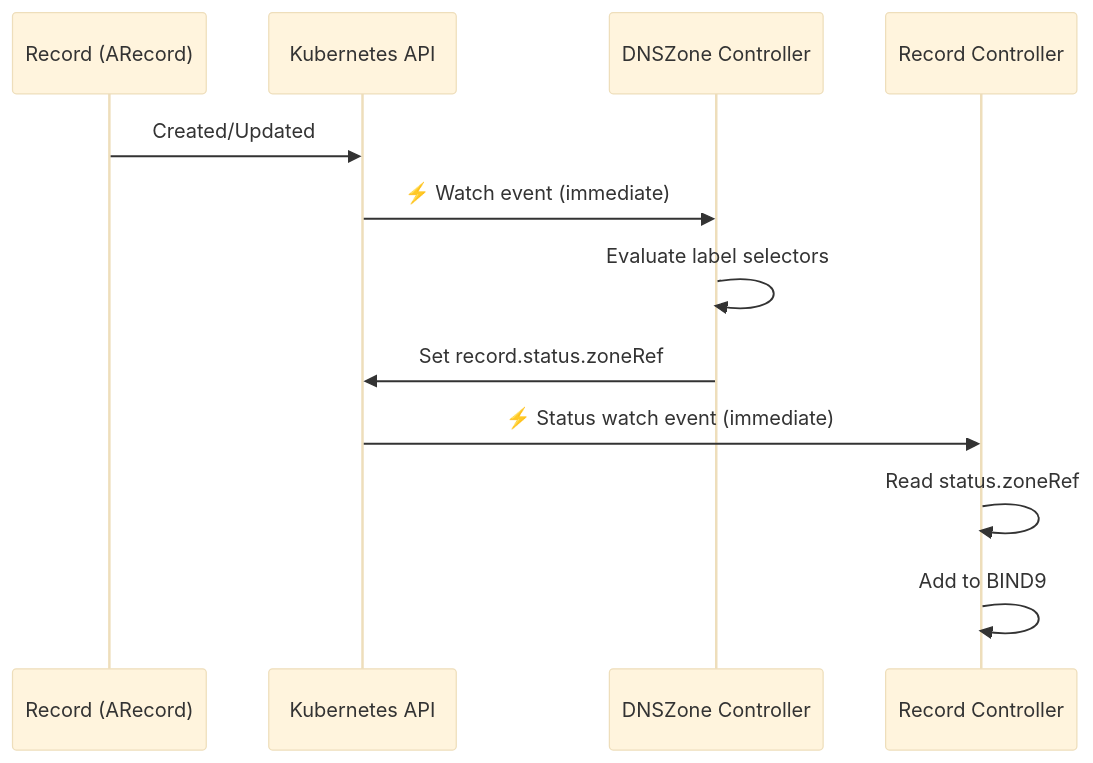
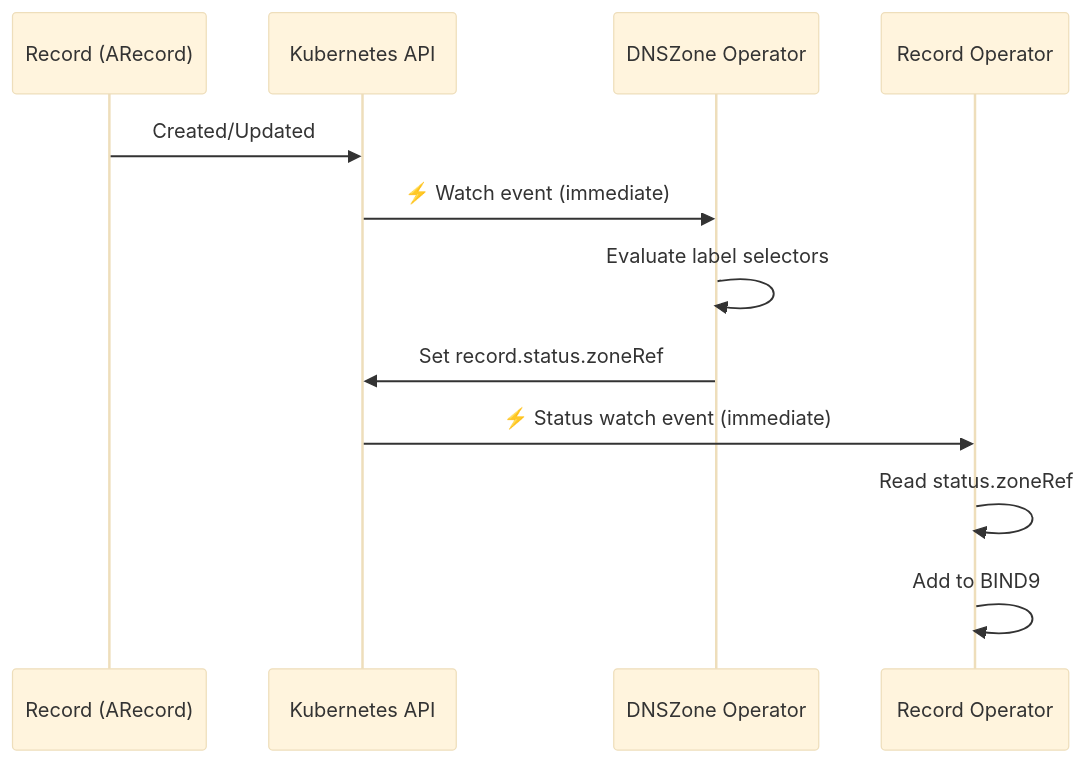
Before and after one commit to firestoned/bindy: the fifth of 6 diagrams in docs/src/concepts/architecture.md, drawn with Mermaid (base theme). The commit also changed other lines of this file and 150 other files, not shown here.

Commit message:
Change the occurences from controller to operator (#83)

````diff
--- a/docs/src/concepts/architecture.md
+++ b/docs/src/concepts/architecture.md
@@ -486,15 +486,15 @@
 ```mermaid
 sequenceDiagram
     participant R as Record (ARecord)
     participant K as Kubernetes API
-    participant DZ as DNSZone Controller
-    participant RC as Record Controller
+    participant DZ as DNSZone Operator
+    participant RC as Record Operator
 
     R->>K: Created/Updated
     K->>DZ: ⚡ Watch event (immediate)
     DZ->>DZ: Evaluate label selectors
     DZ->>K: Set record.status.zoneRef
     K->>RC: ⚡ Status watch event (immediate)
     RC->>RC: Read status.zoneRef
     RC->>RC: Add to BIND9
 ```
````
